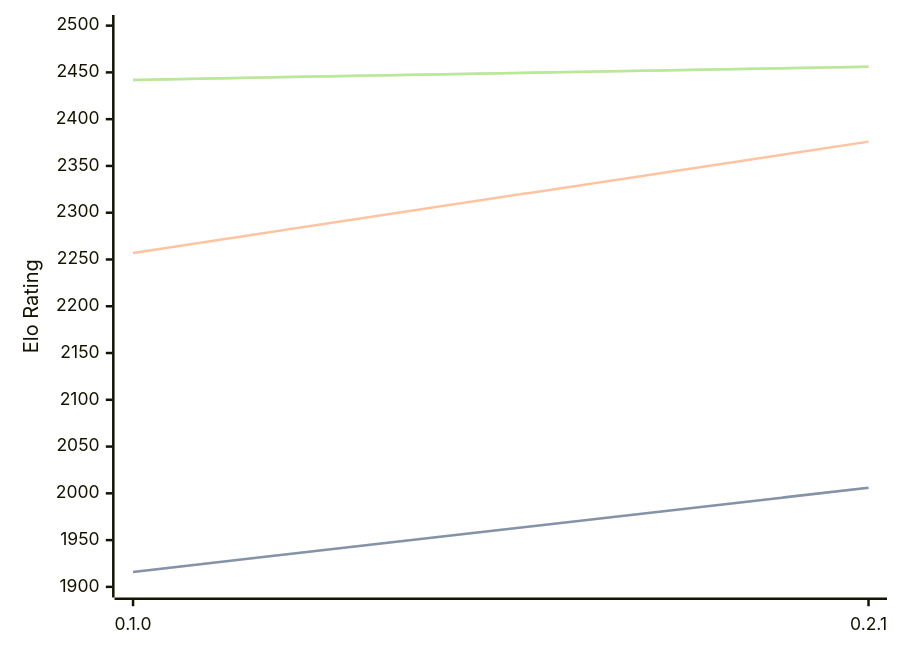
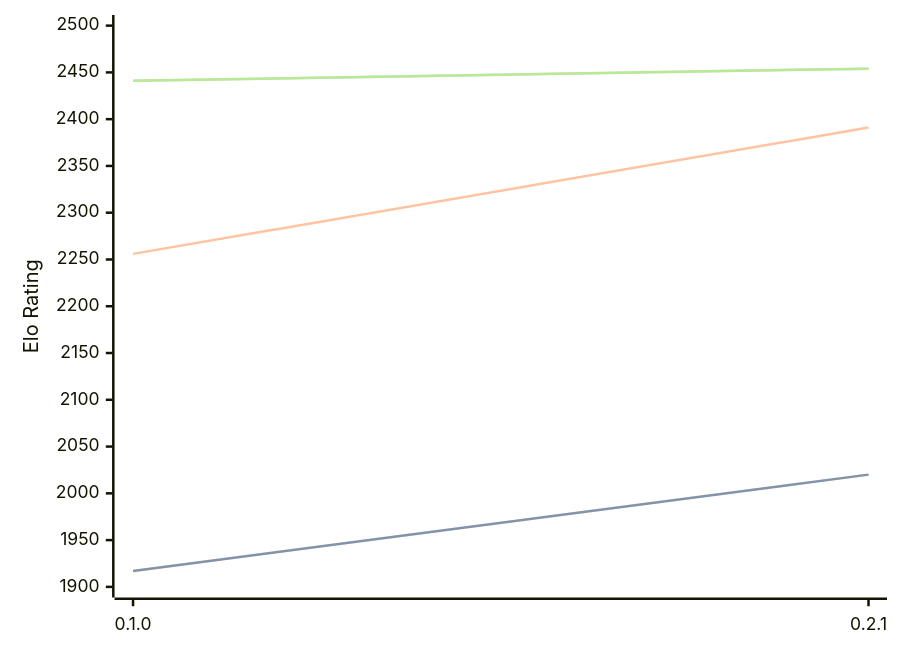
The diagram in engines/Sykora.md (computer-chess-index/cci), drawn with Mermaid before and after one commit. The commit also changed other lines of this file, not shown here.

Commit message:
Update CCI Ratings (ELO VLTC) - 2026-03-30

````diff
--- a/engines/Sykora.md
+++ b/engines/Sykora.md
@@ -33,11 +33,11 @@
 ```mermaid
 %%{init: {"theme":"base","themeVariables":{"seriesColors:['#a3a3a3','#222221','#faa371']}}}%%
 xychart-beta
   x-axis ["0.1.0", "0.2.1"]
   y-axis "Elo Rating" 1900 --> 2500
-  line "STC (8.0+0.08s)" [1916, 2006]
-  line "STC (8.0+0.08s)" [1916, 2006]
-  line "LTC (60.0+0.60s)" [2257, 2376]
-  line "VLTC (2m24s+1.12s)" [2442, 2456]
-  line "VLTC (2m24s+1.12s)" [2442, 2456]
+  line "STC (8.0+0.08s)" [1917, 2020]
+  line "STC (8.0+0.08s)" [1917, 2020]
+  line "LTC (60.0+0.60s)" [2256, 2391]
+  line "VLTC (2m24s+1.12s)" [2441, 2454]
+  line "VLTC (2m24s+1.12s)" [2441, 2454]
 ```
````
